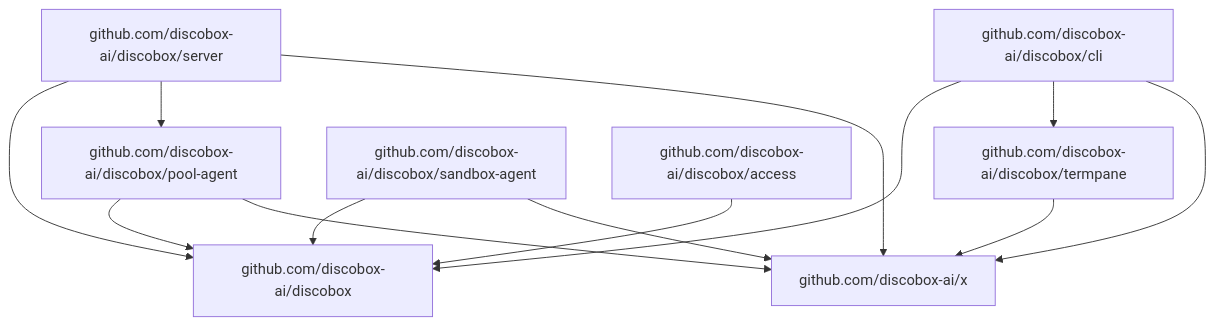
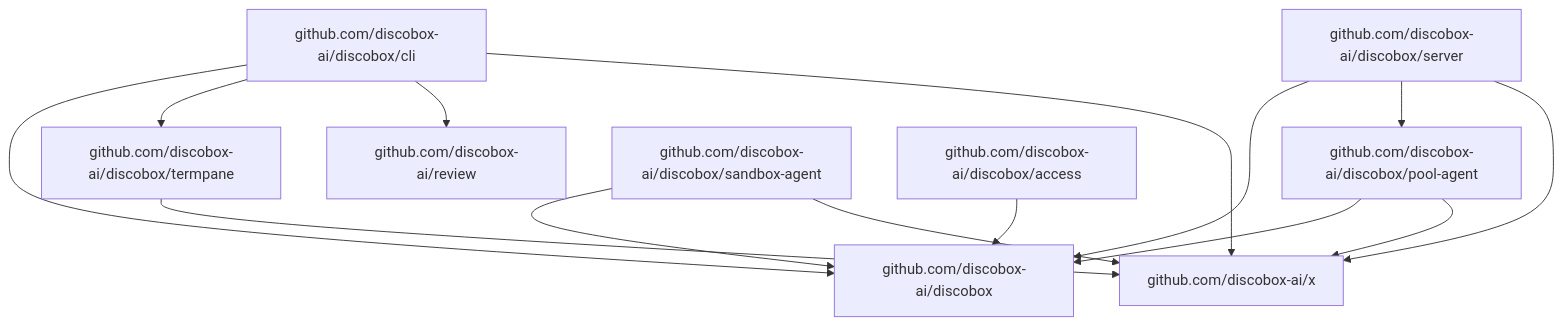
One commit to discobox-ai/discobox changed the second of 5 diagrams in DESIGN.md. Above: the diagram before and after it, drawn with Mermaid. The commit also changed other lines of this file and 30 other files, not shown here.

````diff
--- a/DESIGN.md
+++ b/DESIGN.md
@@ -104,11 +104,12 @@
 ```mermaid
 flowchart TD
     cli["github.com/discobox-ai/discobox/cli"] --> root["github.com/discobox-ai/discobox"]
     cli --> termpane["github.com/discobox-ai/discobox/termpane"]
+    cli --> review["github.com/discobox-ai/review"]
     server["github.com/discobox-ai/discobox/server"] --> root
     server --> poolAgent["github.com/discobox-ai/discobox/pool-agent"]
     poolAgent --> root
     sandboxAgent["github.com/discobox-ai/discobox/sandbox-agent"] --> root
     agentCred["github.com/discobox-ai/discobox/access"] --> root
     cli & server & poolAgent & sandboxAgent & termpane --> x["github.com/discobox-ai/x"]
 ```
````
